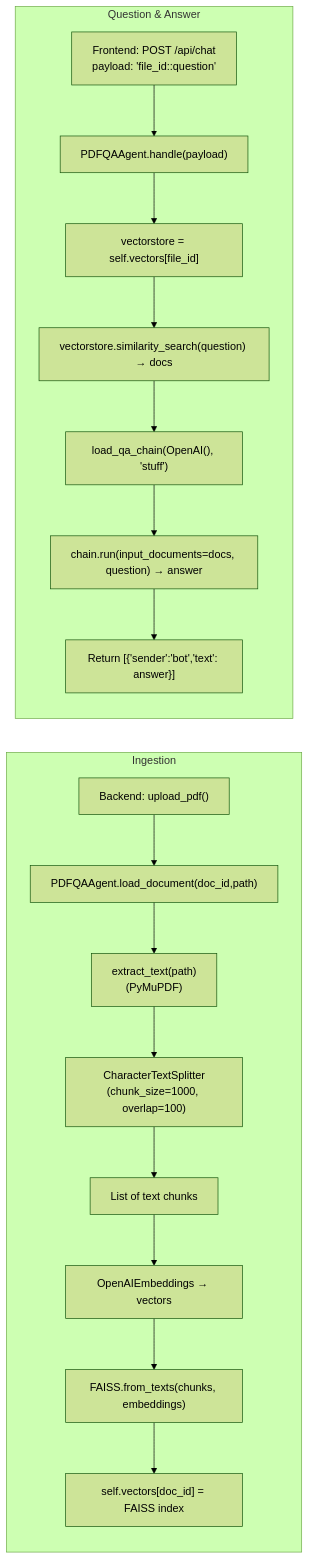
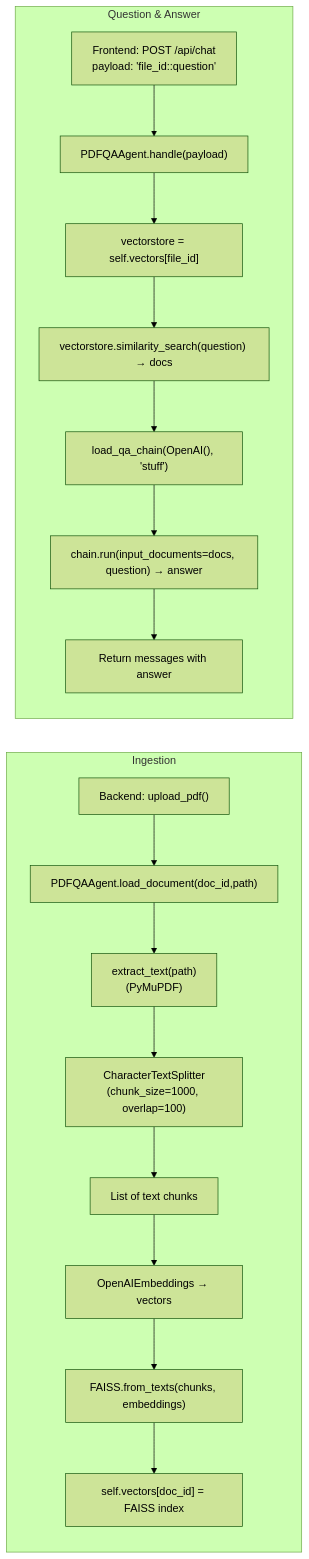
One commit to bluntjoint/agentic-ai changed the third of 4 diagrams in AGENTS.md. Above: the diagram before and after it, drawn with Mermaid (forest theme). The commit also changed other lines of this file, not shown here.

Commit message:
feat: fix agent flow errors

````diff
--- a/AGENTS.md
+++ b/AGENTS.md
@@ -63,21 +63,21 @@
 ```mermaid
 flowchart LR
   subgraph Ingestion
     A1["Backend: upload_pdf()"] --> B1["PDFQAAgent.load_document(doc_id,path)"]
-    B1 --> C1["extract_text(path)\n(PyMuPDF)"]
-    C1 --> D1["CharacterTextSplitter\n(chunk_size=1000, overlap=100)"]
+    B1 --> C1["extract_text(path)<br/>(PyMuPDF)"]
+    C1 --> D1["CharacterTextSplitter<br/>(chunk_size=1000, overlap=100)"]
     D1 --> E1["List of text chunks"]
     E1 --> F1["OpenAIEmbeddings → vectors"]
     F1 --> G1["FAISS.from_texts(chunks, embeddings)"]
     G1 --> H1["self.vectors[doc_id] = FAISS index"]
   end
 
-  subgraph Question & Answer
-    I1["Frontend: POST /api/chat\npayload: 'file_id::question'"] --> J1["PDFQAAgent.handle(payload)"]
+  subgraph Question_Answer["Question & Answer"]
+    I1["Frontend: POST /api/chat<br/>payload: 'file_id::question'"] --> J1["PDFQAAgent.handle(payload)"]
     J1 --> K1["vectorstore = self.vectors[file_id]"]
     K1 --> L1["vectorstore.similarity_search(question) → docs"]
     L1 --> M1["load_qa_chain(OpenAI(), 'stuff')"]
     M1 --> N1["chain.run(input_documents=docs, question) → answer"]
-    N1 --> O1["Return [{'sender':'bot','text': answer}]"]
+    N1 --> O1["Return messages with answer"]
   end
 ```
````
